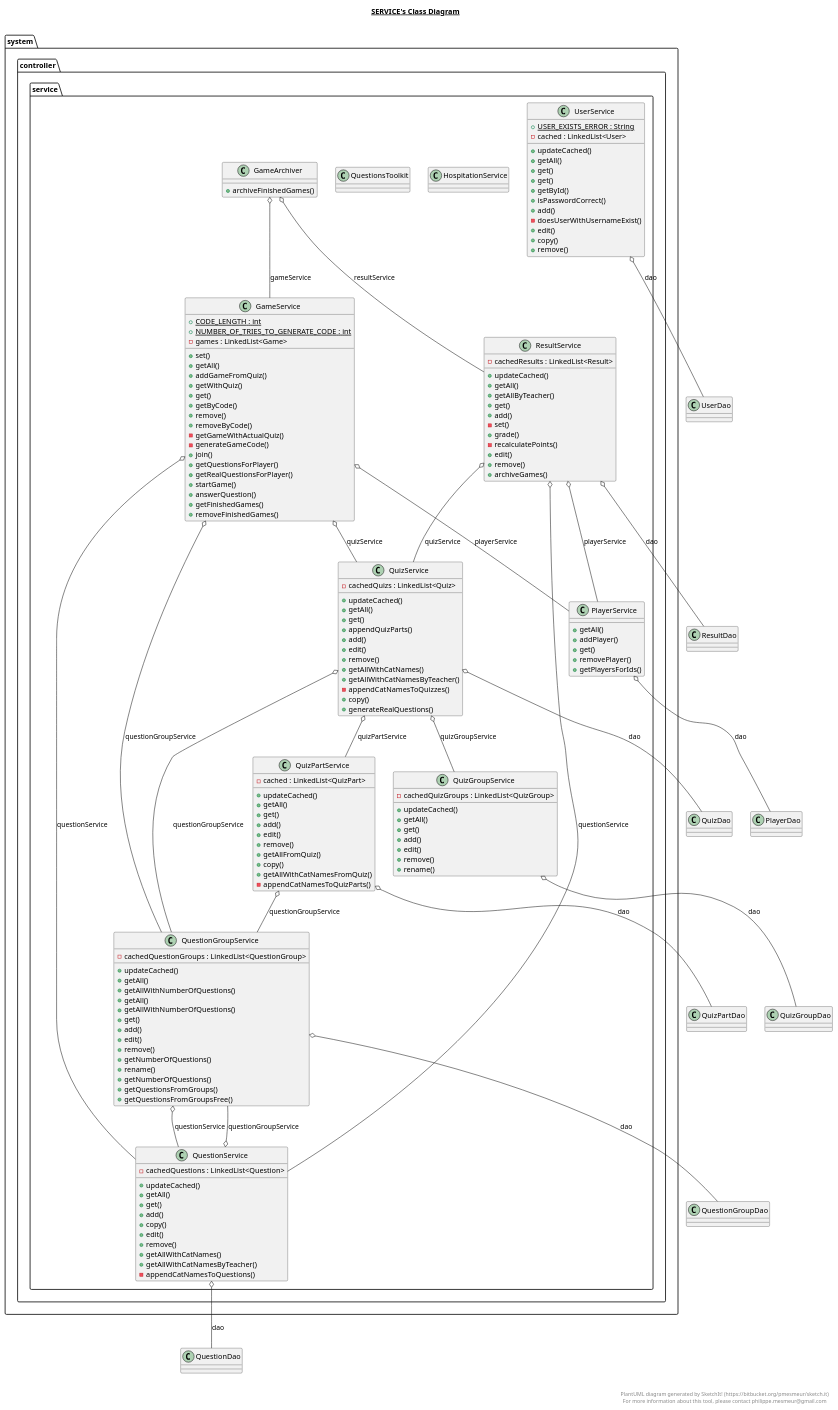
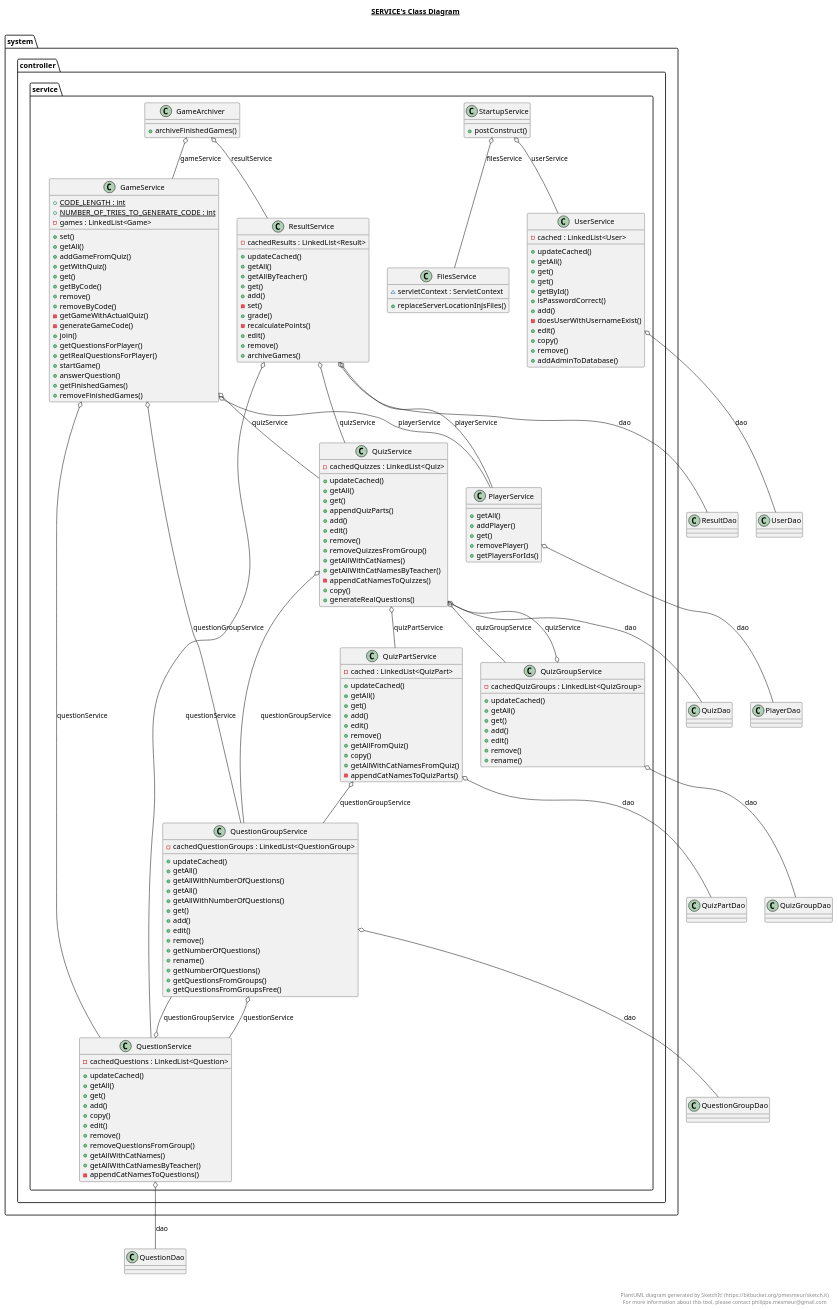
Before and after one commit to berl-a/DiplomaBackend: the diagram in src/main/java/system/controller/service/service.plantuml, drawn with PlantUML. The commit also changed 601 other files, not shown here.

```diff
--- a/src/main/java/system/controller/service/service.plantuml
+++ b/src/main/java/system/controller/service/service.plantuml
@@ -1,6 +1,16 @@
 @startuml
 
 title __SERVICE's Class Diagram__\n
+
+  package system.controller {
+    package system.controller.service {
+      class FilesService {
+          ~ servletContext : ServletContext
+          + replaceServerLocationInJsFiles()
+      }
+    }
+  }
+  
 
   package system.controller {
     package system.controller.service {
@@ -34,14 +44,6 @@
           + answerQuestion()
           + getFinishedGames()
           + removeFinishedGames()
-      }
-    }
-  }
-  
-
-  package system.controller {
-    package system.controller.service {
-      class HospitationService {
       }
     }
   }
@@ -94,17 +96,10 @@
           + copy()
           + edit()
           + remove()
+          + removeQuestionsFromGroup()
           + getAllWithCatNames()
           + getAllWithCatNamesByTeacher()
           - appendCatNamesToQuestions()
-      }
-    }
-  }
-  
-
-  package system.controller {
-    package system.controller.service {
-      class QuestionsToolkit {
       }
     }
   }
@@ -148,7 +143,7 @@
   package system.controller {
     package system.controller.service {
       class QuizService {
-          - cachedQuizs : LinkedList<Quiz>
+          - cachedQuizzes : LinkedList<Quiz>
           + updateCached()
           + getAll()
           + get()
@@ -156,6 +151,7 @@
           + add()
           + edit()
           + remove()
+          + removeQuizzesFromGroup()
           + getAllWithCatNames()
           + getAllWithCatNamesByTeacher()
           - appendCatNamesToQuizzes()
@@ -188,8 +184,16 @@
 
   package system.controller {
     package system.controller.service {
+      class StartupService {
+          + postConstruct()
+      }
+    }
+  }
+  
+
+  package system.controller {
+    package system.controller.service {
       class UserService {
-          {static} + USER_EXISTS_ERROR : String
           - cached : LinkedList<User>
           + updateCached()
           + getAll()
@@ -202,6 +206,7 @@
           + edit()
           + copy()
           + remove()
+          + addAdminToDatabase()
       }
     }
   }
@@ -219,6 +224,7 @@
   QuestionService o-- QuestionDao : dao
   QuestionService o-- QuestionGroupService : questionGroupService
   QuizGroupService o-- QuizGroupDao : dao
+  QuizGroupService o-- QuizService : quizService
   QuizPartService o-- QuizPartDao : dao
   QuizPartService o-- QuestionGroupService : questionGroupService
   QuizService o-- QuizDao : dao
@@ -229,6 +235,8 @@
   ResultService o-- QuizService : quizService
   ResultService o-- PlayerService : playerService
   ResultService o-- QuestionService : questionService
+  StartupService o-- FilesService : filesService
+  StartupService o-- UserService : userService
   UserService o-- UserDao : dao
 
 
```
